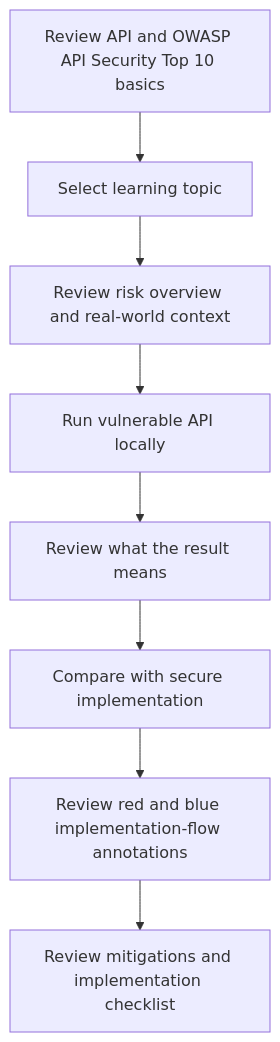
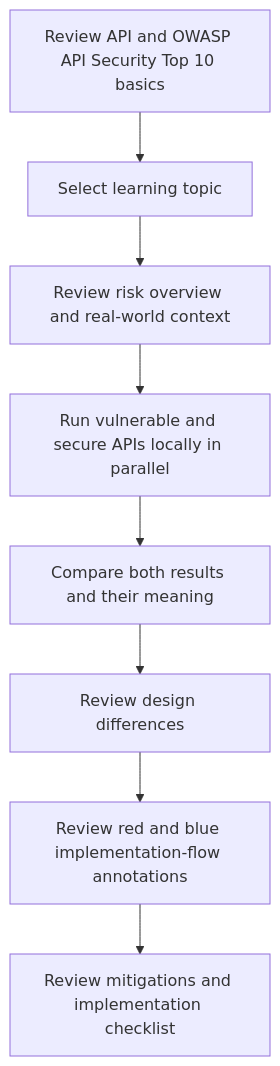
Before and after one commit to kiryu1211/api-security-lab-platform: the diagram in docs/proposal.en.md, drawn with Mermaid. The commit also changed 15 other files, not shown here.

````diff
--- a/docs/proposal.en.md
+++ b/docs/proposal.en.md
@@ -37,10 +37,10 @@
 ```mermaid
 flowchart TD
     A[Review API and OWASP API Security Top 10 basics] --> B[Select learning topic]
     B --> C[Review risk overview and real-world context]
-    C --> D[Run vulnerable API locally]
-    D --> E[Review what the result means]
-    E --> F[Compare with secure implementation]
+    C --> D[Run vulnerable and secure APIs locally in parallel]
+    D --> E[Compare both results and their meaning]
+    E --> F[Review design differences]
     F --> G[Review red and blue implementation-flow annotations]
     G --> H[Review mitigations and implementation checklist]
 ```
````
